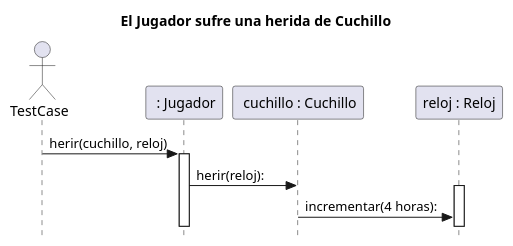
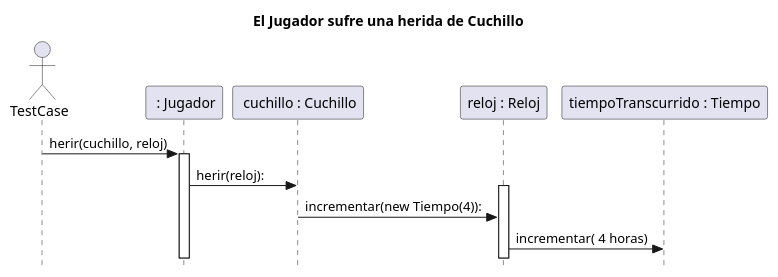
Before and after one commit to martinanus/algo3_tp2: the diagram in diagrams/sequences/JugadorSufreHeridaDeCuchillo.puml, drawn with PlantUML. The commit also changed 2 other files, not shown here.

Commit message:
diagramas secuencia actualizados

```diff
--- a/diagrams/sequences/JugadorSufreHeridaDeCuchillo.puml
+++ b/diagrams/sequences/JugadorSufreHeridaDeCuchillo.puml
@@ -1,18 +1,21 @@
 @startuml
 skinparam style strictuml
 title:  El Jugador sufre una herida de Cuchillo
 
 actor TestCase
 
 participant " : Jugador" as jugador
 participant " cuchillo : Cuchillo" as cuchillo
 participant "reloj : Reloj" as reloj
-
+participant "tiempoTranscurrido : Tiempo" as tiempo
 
 TestCase -> jugador: herir(cuchillo, reloj)
 activate jugador
 jugador -> cuchillo: herir(reloj):
 activate reloj
-cuchillo -> reloj: incrementar(4 horas):
+cuchillo -> reloj: incrementar(new Tiempo(4)):
+reloj -> tiempo: incrementar( 4 horas)
+
+
 
 @enduml
```
